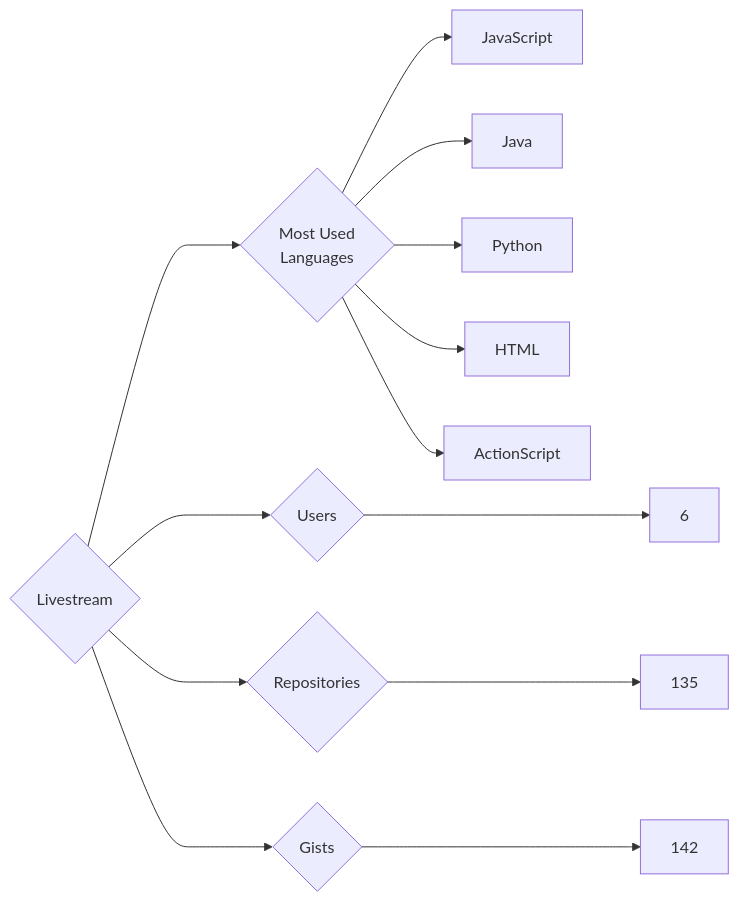
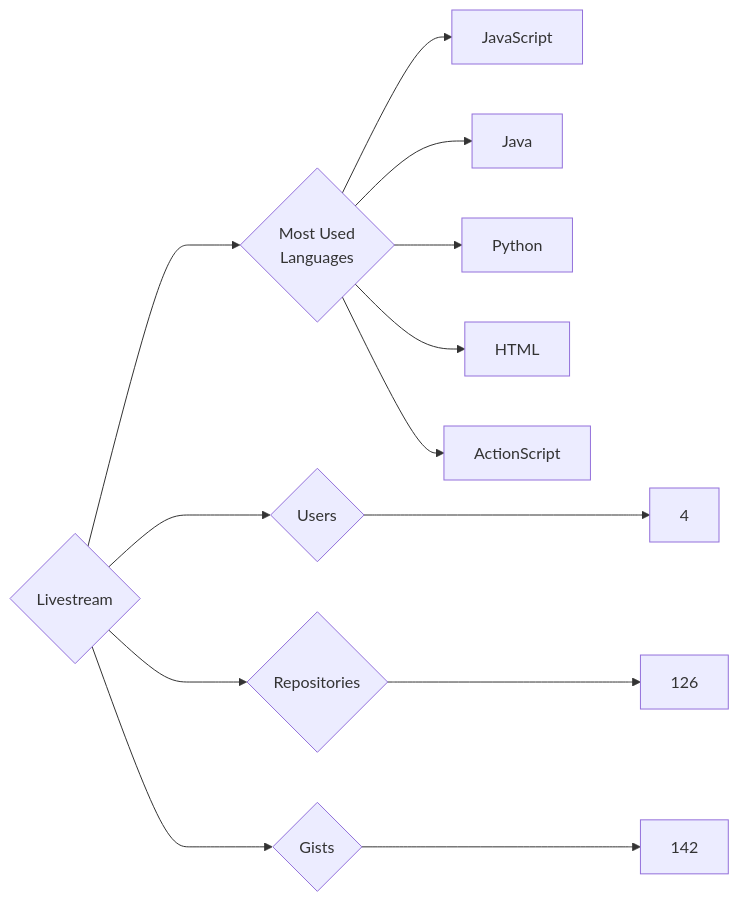
Before and after one commit to trickest/insiders: the diagram in targets/Livestream/README.md, drawn with Mermaid. The commit also changed 777 other files, not shown here.

````diff
--- a/targets/Livestream/README.md
+++ b/targets/Livestream/README.md
@@ -3,13 +3,13 @@
 ```mermaid
 graph LR
 COMPANY_NAME{Livestream}
-COMPANY_NAME ---> U{Users} ---> UN[6]
-COMPANY_NAME ---> R{Repositories} ---> RN[135]
+COMPANY_NAME ---> U{Users} ---> UN[4]
+COMPANY_NAME ---> R{Repositories} ---> RN[126]
 COMPANY_NAME ---> G{Gists} ---> GN[142]
 COMPANY_NAME ---> ML{Most Used<br>Languages}
 ML --> JavaScript[JavaScript]
 ML --> Java[Java]
 ML --> Python[Python]
 ML --> HTML[HTML]
 ML --> ActionScript[ActionScript]
 ```
````
